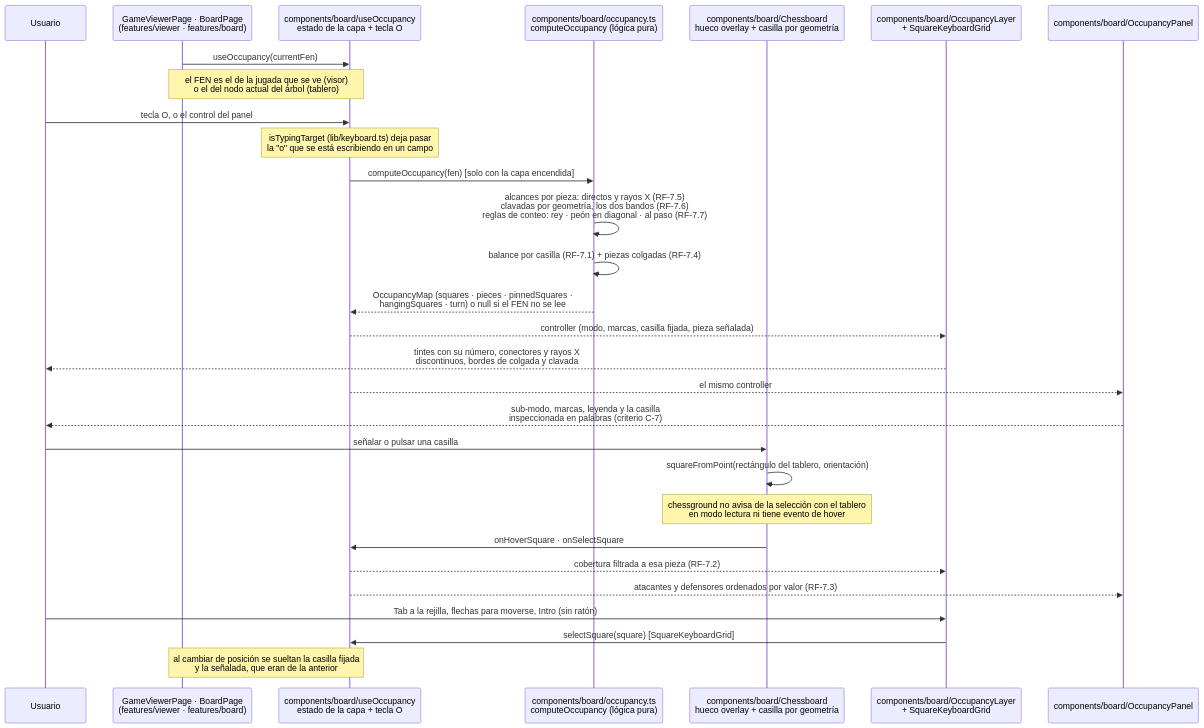
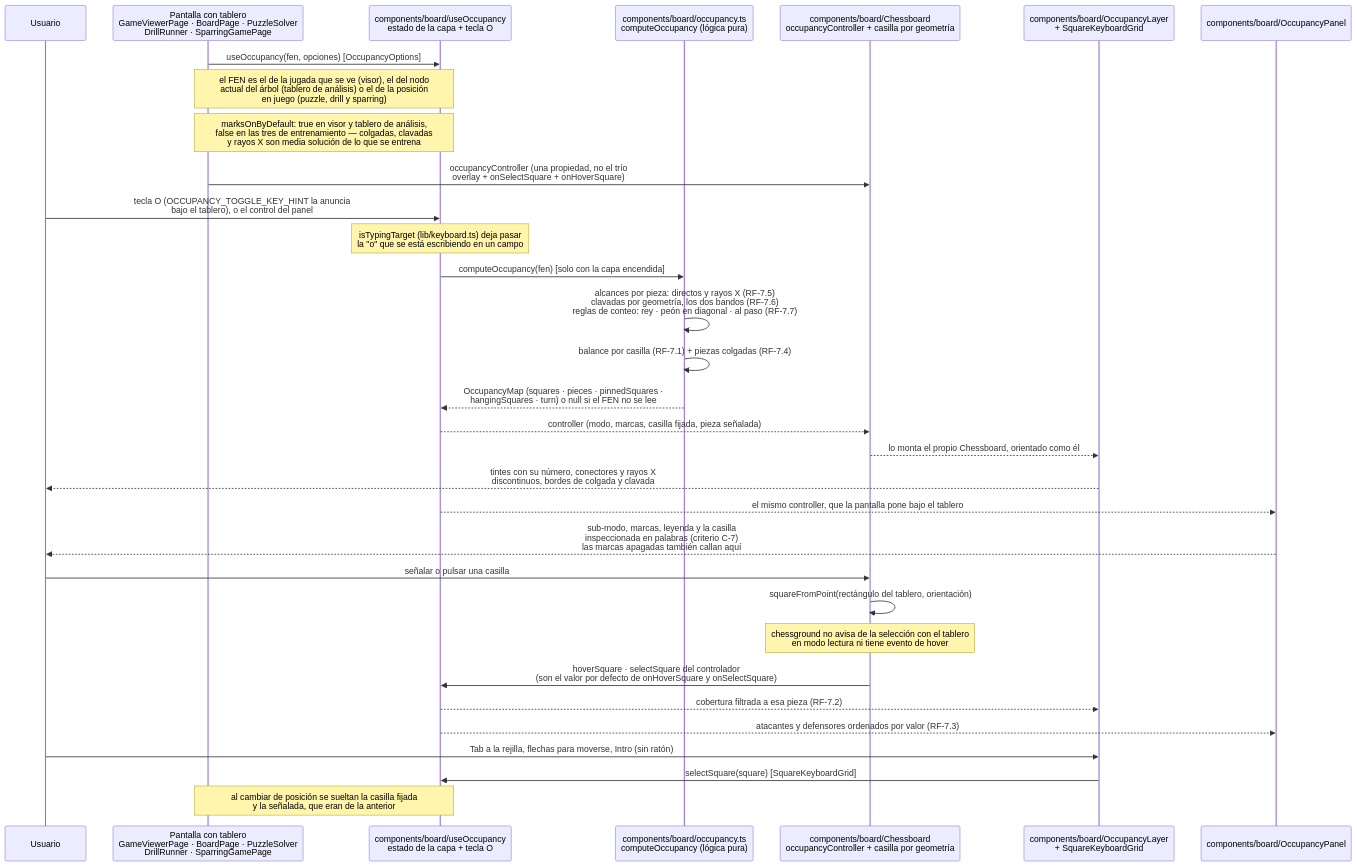
Diagram 12 of 21 in docs/06-mapa-del-proyecto.md (SirJsus/LUCIA), drawn with Mermaid before and after one commit. The commit also changed other lines of this file and 35 other files, not shown here.

````diff
--- a/docs/06-mapa-del-proyecto.md
+++ b/docs/06-mapa-del-proyecto.md
@@ -1128,35 +1148,38 @@
 ```mermaid
 sequenceDiagram
     participant U as Usuario
-    participant P as GameViewerPage · BoardPage<br/>(features/viewer · features/board)
+    participant P as Pantalla con tablero<br/>GameViewerPage · BoardPage · PuzzleSolver<br/>DrillRunner · SparringGamePage
     participant H as components/board/useOccupancy<br/>estado de la capa + tecla O
     participant OC as components/board/occupancy.ts<br/>computeOccupancy (lógica pura)
-    participant CB as components/board/Chessboard<br/>hueco overlay + casilla por geometría
+    participant CB as components/board/Chessboard<br/>occupancyController + casilla por geometría
     participant LY as components/board/OccupancyLayer<br/>+ SquareKeyboardGrid
     participant PN as components/board/OccupancyPanel
 
-    P->>H: useOccupancy(currentFen)
-    Note over P,H: el FEN es el de la jugada que se ve (visor)<br/>o el del nodo actual del árbol (tablero)
-    U->>H: tecla O, o el control del panel
+    P->>H: useOccupancy(fen, opciones) [OccupancyOptions]
+    Note over P,H: el FEN es el de la jugada que se ve (visor), el del nodo<br/>actual del árbol (tablero de análisis) o el de la posición<br/>en juego (puzzle, drill y sparring)
+    Note over P,H: marksOnByDefault: true en visor y tablero de análisis,<br/>false en las tres de entrenamiento — colgadas, clavadas<br/>y rayos X son media solución de lo que se entrena
+    P->>CB: occupancyController (una propiedad, no el trío<br/>overlay + onSelectSquare + onHoverSquare)
+    U->>H: tecla O (OCCUPANCY_TOGGLE_KEY_HINT la anuncia<br/>bajo el tablero), o el control del panel
     Note over H: isTypingTarget (lib/keyboard.ts) deja pasar<br/>la "o" que se está escribiendo en un campo
     H->>OC: computeOccupancy(fen) [solo con la capa encendida]
     OC->>OC: alcances por pieza: directos y rayos X (RF-7.5)<br/>clavadas por geometría, los dos bandos (RF-7.6)<br/>reglas de conteo: rey · peón en diagonal · al paso (RF-7.7)
     OC->>OC: balance por casilla (RF-7.1) + piezas colgadas (RF-7.4)
     OC-->>H: OccupancyMap (squares · pieces · pinnedSquares ·<br/>hangingSquares · turn) o null si el FEN no se lee
-    H-->>LY: controller (modo, marcas, casilla fijada, pieza señalada)
+    H-->>CB: controller (modo, marcas, casilla fijada, pieza señalada)
+    CB-->>LY: lo monta el propio Chessboard, orientado como él
     LY-->>U: tintes con su número, conectores y rayos X<br/>discontinuos, bordes de colgada y clavada
-    H-->>PN: el mismo controller
-    PN-->>U: sub-modo, marcas, leyenda y la casilla<br/>inspeccionada en palabras (criterio C-7)
+    H-->>PN: el mismo controller, que la pantalla pone bajo el tablero
+    PN-->>U: sub-modo, marcas, leyenda y la casilla<br/>inspeccionada en palabras (criterio C-7)<br/>las marcas apagadas también callan aquí
 
     U->>CB: señalar o pulsar una casilla
     CB->>CB: squareFromPoint(rectángulo del tablero, orientación)
     Note over CB: chessground no avisa de la selección con el tablero<br/>en modo lectura ni tiene evento de hover
-    CB->>H: onHoverSquare · onSelectSquare
+    CB->>H: hoverSquare · selectSquare del controlador<br/>(son el valor por defecto de onHoverSquare y onSelectSquare)
     H-->>LY: cobertura filtrada a esa pieza (RF-7.2)
     H-->>PN: atacantes y defensores ordenados por valor (RF-7.3)
 
     U->>LY: Tab a la rejilla, flechas para moverse, Intro (sin ratón)
     LY->>H: selectSquare(square) [SquareKeyboardGrid]
 
     Note over P,H: al cambiar de posición se sueltan la casilla fijada<br/>y la señalada, que eran de la anterior
 ```
````
